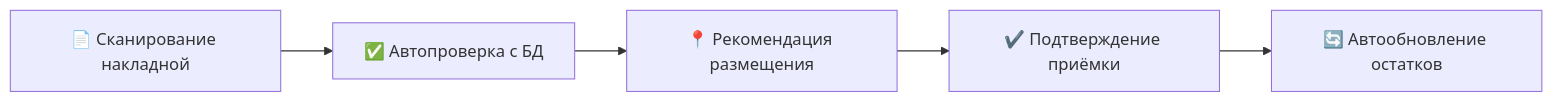
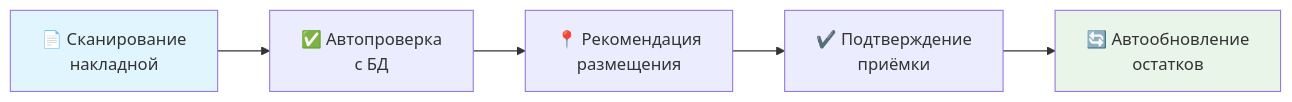
One commit to Hugoloud-bq/warehouse-management-system changed the second of 4 diagrams in docs/Анализ бизнес процессов.md. Above: the diagram before and after it, drawn with Mermaid. The commit also changed other lines of this file, not shown here.

````diff
--- a/docs/Анализ бизнес процессов.md
+++ b/docs/Анализ бизнес процессов.md
@@ -42,7 +46,10 @@
 ```mermaid
 flowchart LR
-A[📄 Сканирование накладной] --> B[✅ Автопроверка с БД]
-B --> C[📍 Рекомендация размещения]
-C --> D[✔️ Подтверждение приёмки]
-D --> E[🔄 Автообновление остатков]
+    A[📄 Сканирование<br>накладной] --> B[✅ Автопроверка<br>с БД]
+    B --> C[📍 Рекомендация<br>размещения]
+    C --> D[✔️ Подтверждение<br>приёмки]
+    D --> E[🔄 Автообновление<br>остатков]
+    
+    style A fill:#e1f5fe
+    style E fill:#e8f5e8
 ```
````
